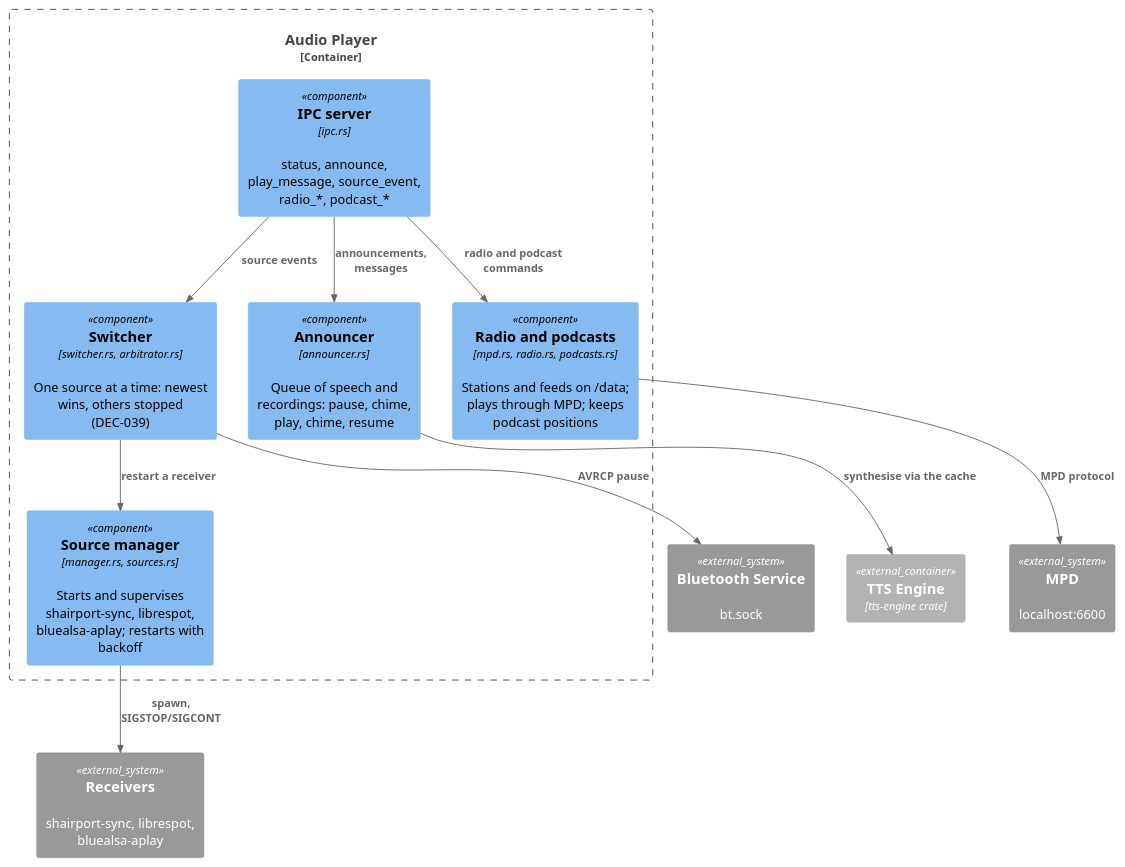
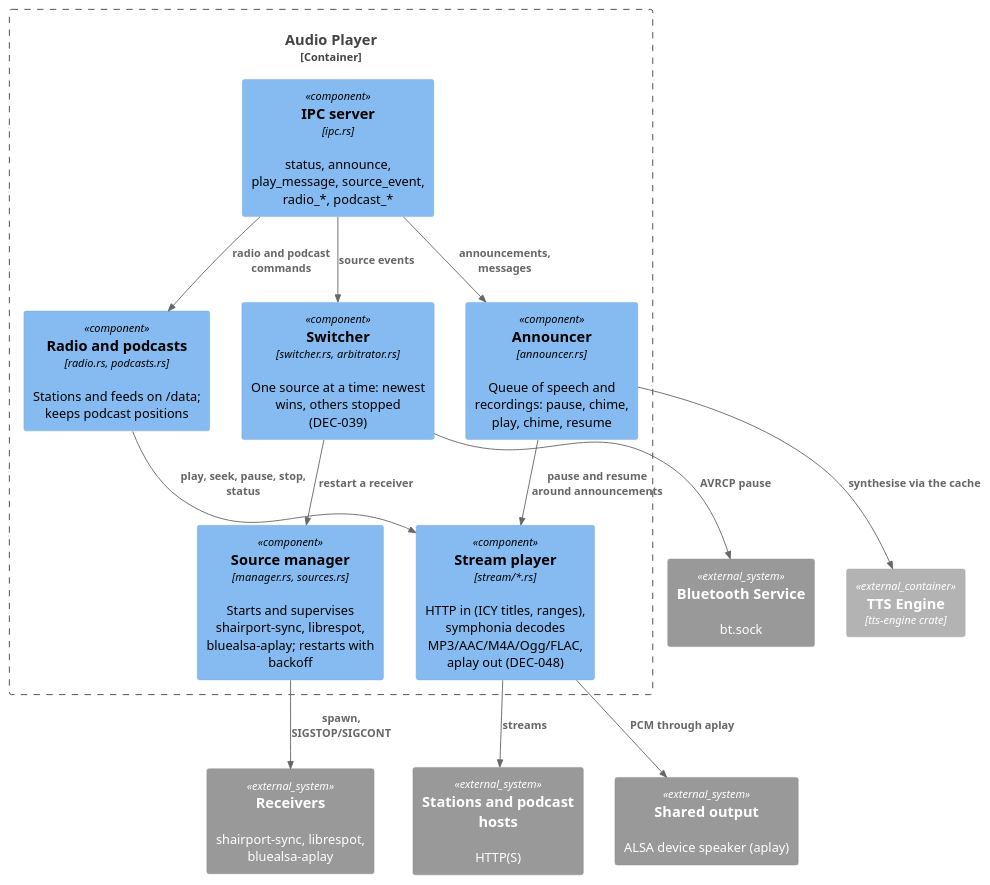
One commit to LydByDissing/kids-desktop-speaker changed the second of 2 diagrams in docs/source/architecture/audio-player/index.rst. Above: the diagram before and after it, drawn with PlantUML. The commit also changed other lines of this file and 43 other files, not shown here.

First line of the commit message:
feat(audio): radio and podcasts in the Audio Player, without MPD (KDS-9jt.5, DEC-048)

```diff
--- a/docs/source/architecture/audio-player/index.rst
+++ b/docs/source/architecture/audio-player/index.rst
@@ -283,27 +283,32 @@
 .. plantuml::
    :caption: Components — Audio Player
 
    @startuml
    !include ../../c4/C4_Component.puml
    LAYOUT_TOP_DOWN()
 
    Container_Boundary(ap, "Audio Player") {
        Component(mgr, "Source manager", "manager.rs, sources.rs", "Starts and supervises shairport-sync, librespot, bluealsa-aplay; restarts with backoff")
        Component(switch, "Switcher", "switcher.rs, arbitrator.rs", "One source at a time: newest wins, others stopped (DEC-039)")
        Component(ann, "Announcer", "announcer.rs", "Queue of speech and recordings: pause, chime, play, chime, resume")
-       Component(radio, "Radio and podcasts", "mpd.rs, radio.rs, podcasts.rs", "Stations and feeds on /data; plays through MPD; keeps podcast positions")
+       Component(radio, "Radio and podcasts", "radio.rs, podcasts.rs", "Stations and feeds on /data; keeps podcast positions")
+       Component(player, "Stream player", "stream/*.rs", "HTTP in (ICY titles, ranges), symphonia decodes MP3/AAC/M4A/Ogg/FLAC, aplay out (DEC-048)")
        Component(ipcs, "IPC server", "ipc.rs", "status, announce, play_message, source_event, radio_*, podcast_*")
    }
    Container_Ext(tts, "TTS Engine", "tts-engine crate")
-   System_Ext(mpd, "MPD", "localhost:6600")
+   System_Ext(net, "Stations and podcast hosts", "HTTP(S)")
+   System_Ext(alsa, "Shared output", "ALSA device speaker (aplay)")
    System_Ext(rx, "Receivers", "shairport-sync, librespot, bluealsa-aplay")
    System_Ext(bt, "Bluetooth Service", "bt.sock")
    Rel(ipcs, switch, "source events")
    Rel(ipcs, ann, "announcements, messages")
    Rel(ipcs, radio, "radio and podcast commands")
    Rel(switch, mgr, "restart a receiver")
    Rel(switch, bt, "AVRCP pause")
    Rel(ann, tts, "synthesise via the cache")
    Rel(mgr, rx, "spawn, SIGSTOP/SIGCONT")
-   Rel(radio, mpd, "MPD protocol")
+   Rel(radio, player, "play, seek, pause, stop, status")
+   Rel(ann, player, "pause and resume around announcements")
+   Rel(player, net, "streams")
+   Rel(player, alsa, "PCM through aplay")
    @enduml
```
